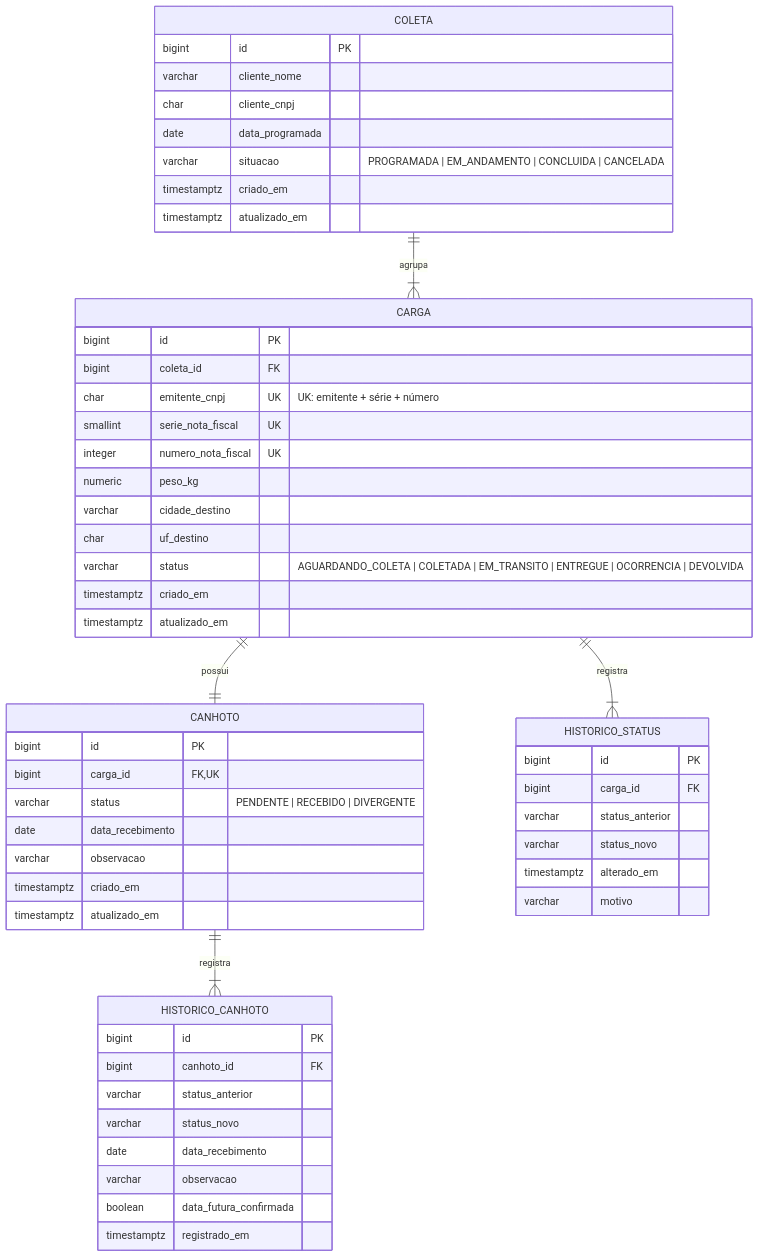
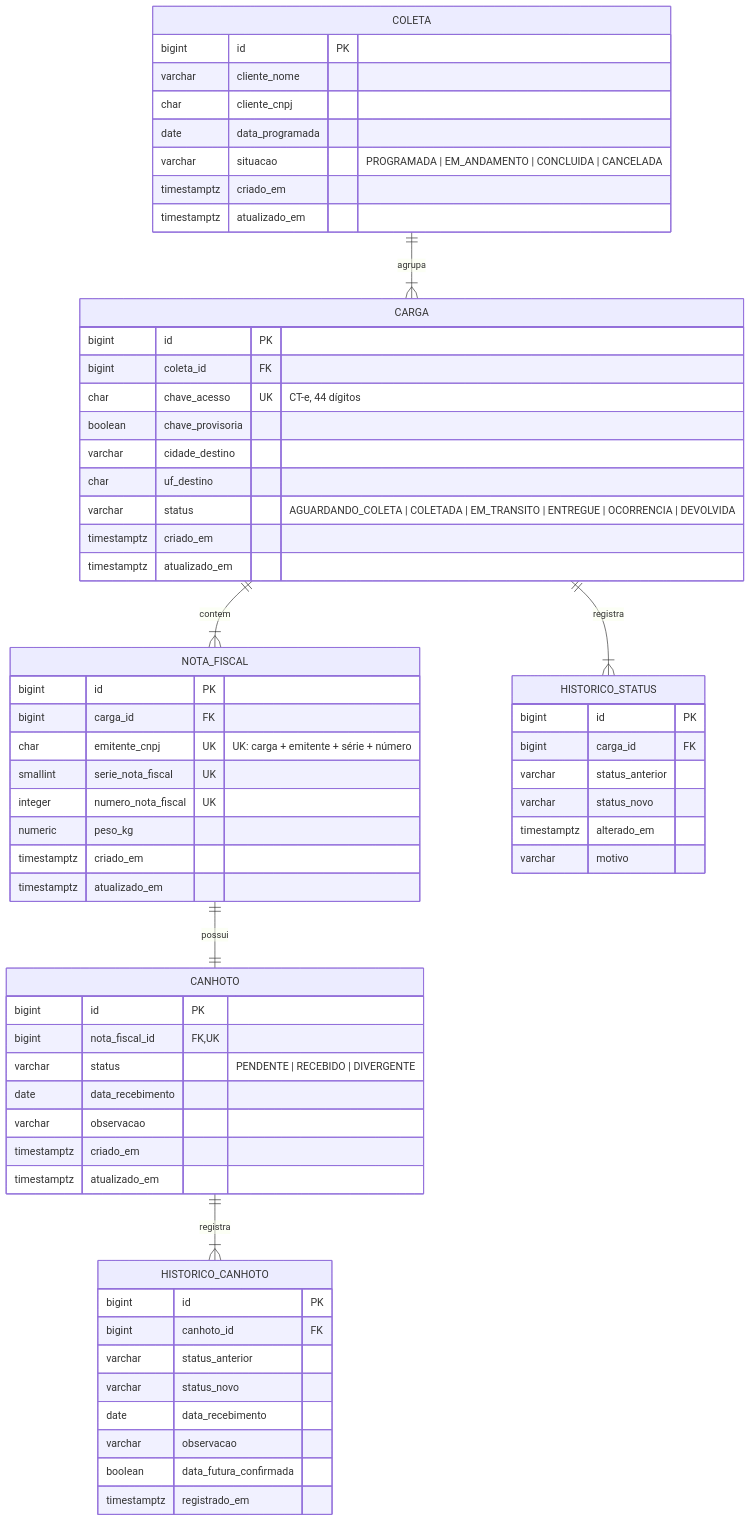
The diagram in README.md (Ejurevics/API-Controle_Canhotos), drawn with Mermaid before and after one commit. The commit also changed other lines of this file and 1 other file, not shown here.

````diff
--- a/README.md
+++ b/README.md
@@ -9,61 +9,71 @@
 ```mermaid
 erDiagram
     COLETA ||--|{ CARGA : agrupa
-    CARGA ||--|| CANHOTO : possui
+    CARGA ||--|{ NOTA_FISCAL : contem
+    NOTA_FISCAL ||--|| CANHOTO : possui
     CARGA ||--|{ HISTORICO_STATUS : registra
     CANHOTO ||--|{ HISTORICO_CANHOTO : registra
 
     COLETA {
         bigint id PK
         varchar cliente_nome
         char cliente_cnpj
         date data_programada
         varchar situacao "PROGRAMADA | EM_ANDAMENTO | CONCLUIDA | CANCELADA"
         timestamptz criado_em
         timestamptz atualizado_em
     }
 
     CARGA {
         bigint id PK
         bigint coleta_id FK
-        char emitente_cnpj UK "UK: emitente + série + número"
-        smallint serie_nota_fiscal UK
-        integer numero_nota_fiscal UK
-        numeric peso_kg
+        char chave_acesso UK "CT-e, 44 dígitos"
+        boolean chave_provisoria
         varchar cidade_destino
         char uf_destino
         varchar status "AGUARDANDO_COLETA | COLETADA | EM_TRANSITO | ENTREGUE | OCORRENCIA | DEVOLVIDA"
         timestamptz criado_em
         timestamptz atualizado_em
     }
 
+    NOTA_FISCAL {
+        bigint id PK
+        bigint carga_id FK
+        char emitente_cnpj UK "UK: carga + emitente + série + número"
+        smallint serie_nota_fiscal UK
+        integer numero_nota_fiscal UK
+        numeric peso_kg
+        timestamptz criado_em
+        timestamptz atualizado_em
+    }
+
     CANHOTO {
         bigint id PK
-        bigint carga_id FK,UK
+        bigint nota_fiscal_id FK,UK
         varchar status "PENDENTE | RECEBIDO | DIVERGENTE"
         date data_recebimento
         varchar observacao
         timestamptz criado_em
         timestamptz atualizado_em
     }
 
     HISTORICO_STATUS {
         bigint id PK
         bigint carga_id FK
         varchar status_anterior
         varchar status_novo
         timestamptz alterado_em
         varchar motivo
     }
 
     HISTORICO_CANHOTO {
         bigint id PK
         bigint canhoto_id FK
         varchar status_anterior
         varchar status_novo
         date data_recebimento
         varchar observacao
         boolean data_futura_confirmada
         timestamptz registrado_em
     }
 ```
````
